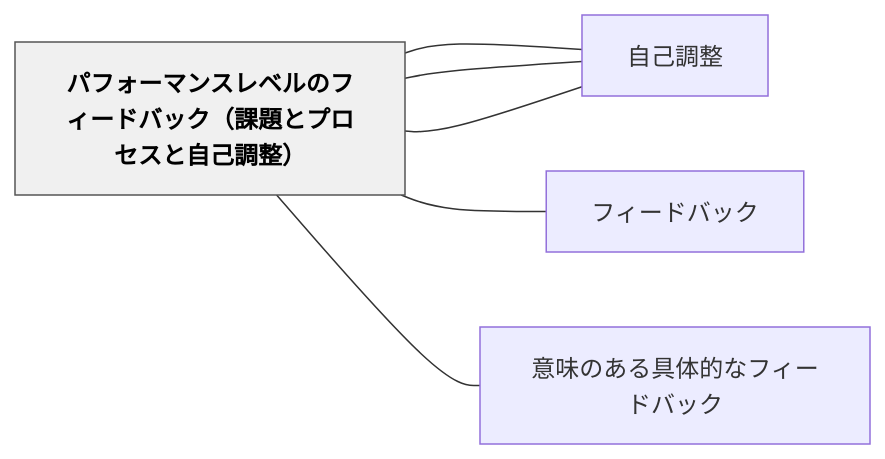
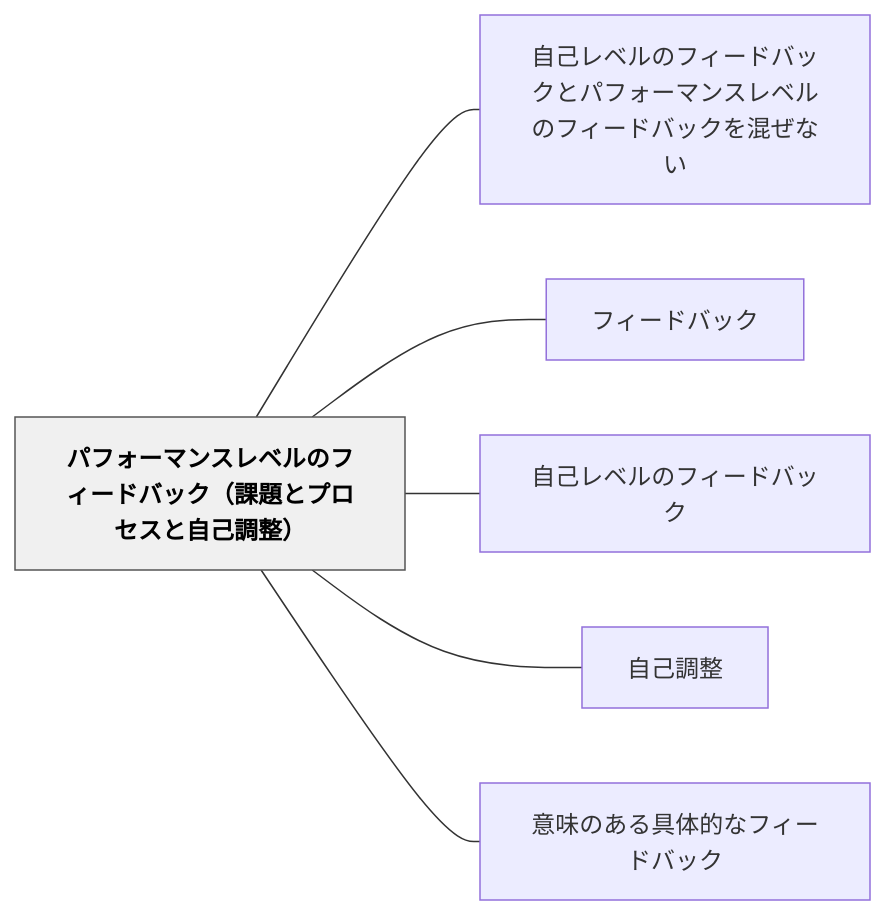
The diagram in content/パタン/パフォーマンスレベルのフィードバック（課題とプロセスと自己調整）.md (unknownthings-ed-patterns/unknownthings-ed-patterns), drawn with Mermaid before and after one commit. The commit also changed 527 other files, not shown here.

````diff
--- a/content/パタン/パフォーマンスレベルのフィードバック（課題とプロセスと自己調整）.md
+++ b/content/パタン/パフォーマンスレベルのフィードバック（課題とプロセスと自己調整）.md
@@ -52,18 +52,18 @@
 ```mermaid
 flowchart LR
-    ne38391e38395["パフォーマンスレベルのフィードバック（課題とプロセスと自己調整）"]
-    ne887aae5b7b1["自己レベルのフィードバックとパフォーマンスレベルのフィードバックを混ぜない"]
-    ne38395e382a3["フィードバック"]
-    ne887aae5b7b1["自己レベルのフィードバック"]
-    ne887aae5b7b1["自己調整"]
-    ne6848fe591b3["意味のある具体的なフィードバック"]
+    ne38391e38395e382a9e383bce3839ee383b3e382b9e383ace38399e383abe381aee38395e382a3e383bce38389e38390e38383e382afefbc88e8aab2e9a18ce381a8e38397e383ade382bbe382b9e381a8e887aae5b7b1e8aabfe695b4efbc89["パフォーマンスレベルのフィードバック（課題とプロセスと自己調整）"]
+    ne887aae5b7b1e383ace38399e383abe381aee38395e382a3e383bce38389e38390e38383e382afe381a8e38391e38395e382a9e383bce3839ee383b3e382b9e383ace38399e383abe381aee38395e382a3e383bce38389e38390e38383e382afe38292e6b7b7e3819ce381aae38184["自己レベルのフィードバックとパフォーマンスレベルのフィードバックを混ぜない"]
+    ne38395e382a3e383bce38389e38390e38383e382af["フィードバック"]
+    ne887aae5b7b1e383ace38399e383abe381aee38395e382a3e383bce38389e38390e38383e382af["自己レベルのフィードバック"]
+    ne887aae5b7b1e8aabfe695b4["自己調整"]
+    ne6848fe591b3e381aee38182e3828be585b7e4bd93e79a84e381aae38395e382a3e383bce38389e38390e38383e382af["意味のある具体的なフィードバック"]
 
-    ne38391e38395 --- ne887aae5b7b1
-    ne38391e38395 --- ne38395e382a3
-    ne38391e38395 --- ne887aae5b7b1
-    ne38391e38395 --- ne887aae5b7b1
-    ne38391e38395 --- ne6848fe591b3
+    ne38391e38395e382a9e383bce3839ee383b3e382b9e383ace38399e383abe381aee38395e382a3e383bce38389e38390e38383e382afefbc88e8aab2e9a18ce381a8e38397e383ade382bbe382b9e381a8e887aae5b7b1e8aabfe695b4efbc89 --- ne887aae5b7b1e383ace38399e383abe381aee38395e382a3e383bce38389e38390e38383e382afe381a8e38391e38395e382a9e383bce3839ee383b3e382b9e383ace38399e383abe381aee38395e382a3e383bce38389e38390e38383e382afe38292e6b7b7e3819ce381aae38184
+    ne38391e38395e382a9e383bce3839ee383b3e382b9e383ace38399e383abe381aee38395e382a3e383bce38389e38390e38383e382afefbc88e8aab2e9a18ce381a8e38397e383ade382bbe382b9e381a8e887aae5b7b1e8aabfe695b4efbc89 --- ne38395e382a3e383bce38389e38390e38383e382af
+    ne38391e38395e382a9e383bce3839ee383b3e382b9e383ace38399e383abe381aee38395e382a3e383bce38389e38390e38383e382afefbc88e8aab2e9a18ce381a8e38397e383ade382bbe382b9e381a8e887aae5b7b1e8aabfe695b4efbc89 --- ne887aae5b7b1e383ace38399e383abe381aee38395e382a3e383bce38389e38390e38383e382af
+    ne38391e38395e382a9e383bce3839ee383b3e382b9e383ace38399e383abe381aee38395e382a3e383bce38389e38390e38383e382afefbc88e8aab2e9a18ce381a8e38397e383ade382bbe382b9e381a8e887aae5b7b1e8aabfe695b4efbc89 --- ne887aae5b7b1e8aabfe695b4
+    ne38391e38395e382a9e383bce3839ee383b3e382b9e383ace38399e383abe381aee38395e382a3e383bce38389e38390e38383e382afefbc88e8aab2e9a18ce381a8e38397e383ade382bbe382b9e381a8e887aae5b7b1e8aabfe695b4efbc89 --- ne6848fe591b3e381aee38182e3828be585b7e4bd93e79a84e381aae38395e382a3e383bce38389e38390e38383e382af
 
     classDef hub fill:#f0f0f0,stroke:#555,color:#000,font-weight:bold
-    class ne38391e38395 hub
+    class ne38391e38395e382a9e383bce3839ee383b3e382b9e383ace38399e383abe381aee38395e382a3e383bce38389e38390e38383e382afefbc88e8aab2e9a18ce381a8e38397e383ade382bbe382b9e381a8e887aae5b7b1e8aabfe695b4efbc89 hub
 ```
````
